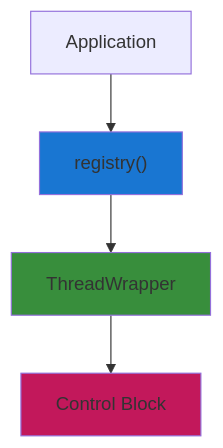
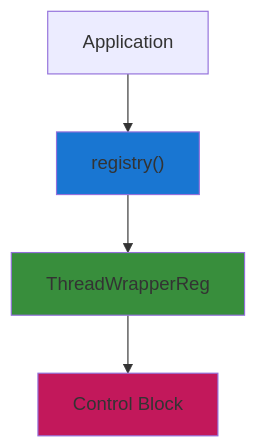
One commit to Katze719/ThreadSchedule changed the second of 5 diagrams in docs/REGISTRY.md. Above: the diagram before and after it, drawn with Mermaid. The commit also changed other lines of this file, not shown here.

Commit message:
Remove outdated notes from REGISTRY.md to streamline documentation and focus on essential information regarding thread control operations.

````diff
--- a/docs/REGISTRY.md
+++ b/docs/REGISTRY.md
@@ -102,19 +96,19 @@
 ```mermaid
 graph TD
     A[Application]
     D1["registry()"]
-    T1[ThreadWrapper]
+    T1[ThreadWrapperReg]
     CB1["Control Block"]
 
     A --> D1
     D1 --> T1
     T1 --> CB1
 
     classDef registry fill:#1976d2
     classDef controlBlock fill:#c2185b
     classDef wrapper fill:#388e3c
 
     class D1 registry
     class CB1 controlBlock
     class T1 wrapper
 ```
````
